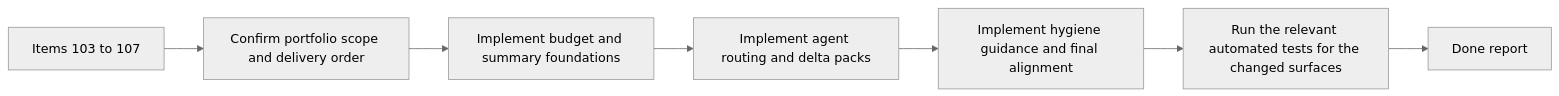
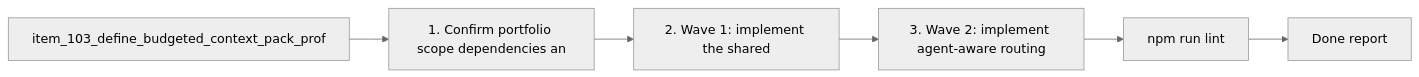
The diagram in logics/tasks/task_092_orchestration_delivery_for_req_080_token_efficient_codex_context_shaping.md (AlexAgo83/logics-manager), drawn with Mermaid (neutral theme) before and after one commit. The commit also changed other lines of this file and 481 other files, not shown here.

````diff
--- a/logics/tasks/task_092_orchestration_delivery_for_req_080_token_efficient_codex_context_shaping.md
+++ b/logics/tasks/task_092_orchestration_delivery_for_req_080_token_efficient_codex_context_shaping.md
@@ -36,11 +36,10 @@
 ```mermaid
 %% logics-kind: task
 %% logics-signature: task|orchestration-delivery-for-req-080-token|item-103-define-budgeted-context-pack-pr|1-confirm-portfolio-scope-dependencies-a|npm-run-lint
 flowchart LR
-    Backlog[Items 103 to 107] --> Step1[Confirm portfolio scope and delivery order]
-    Step1 --> Step2[Implement budget and summary foundations]
-    Step2 --> Step3[Implement agent routing and delta packs]
-    Step3 --> Step4[Implement hygiene guidance and final alignment]
-    Step4 --> Validation[Run the relevant automated tests for the changed surfaces]
+    Backlog[item_103_define_budgeted_context_pack_prof] --> Step1[1. Confirm portfolio scope dependencies an]
+    Step1 --> Step2[2. Wave 1: implement the shared]
+    Step2 --> Step3[3. Wave 2: implement agent-aware routing]
+    Step3 --> Validation[npm run lint]
     Validation --> Report[Done report]
 ```
````
